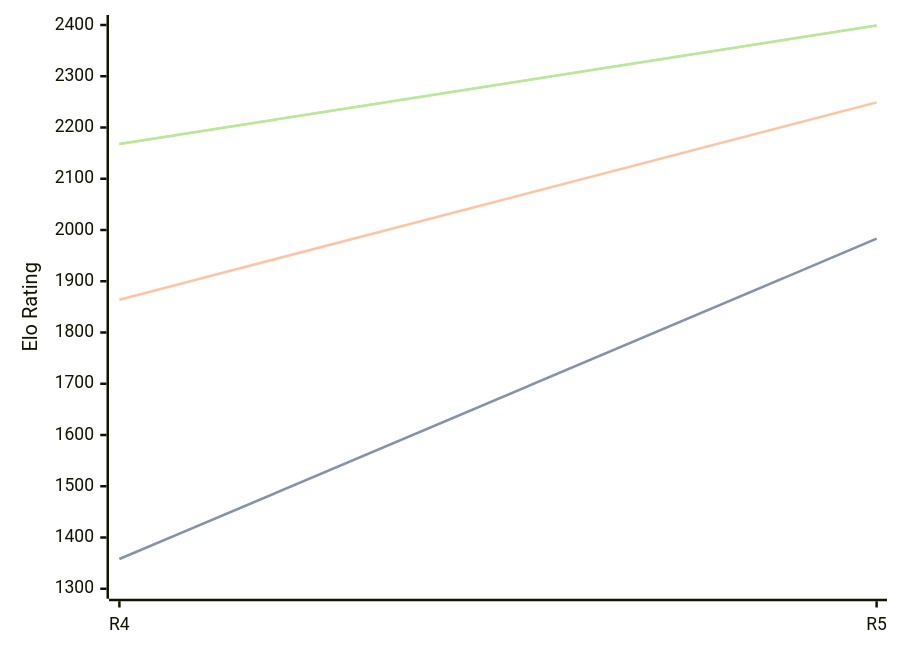
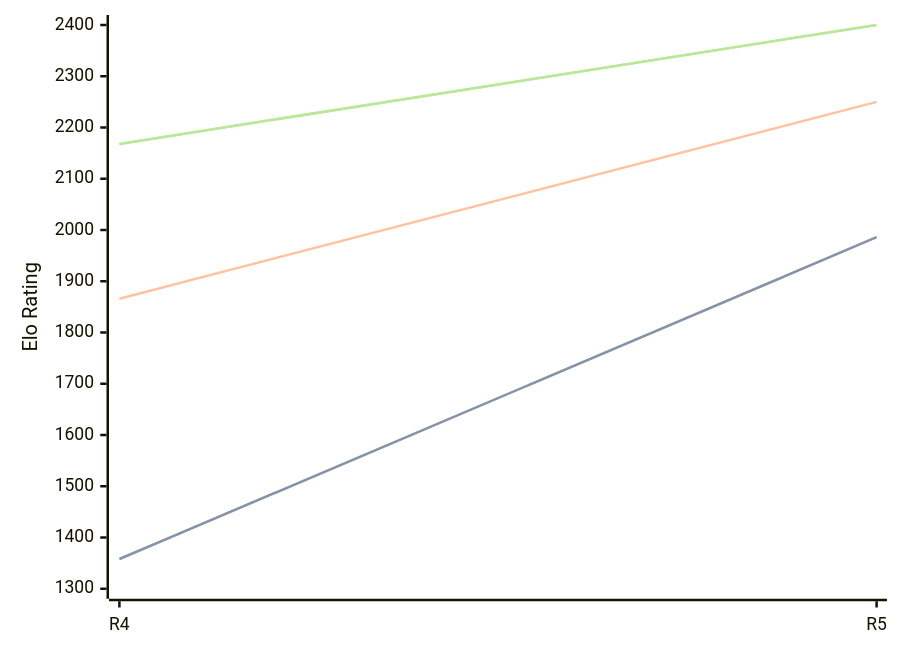
One commit to computer-chess-index/cci changed the diagram in engines/Viking.md. Above: the diagram before and after it, drawn with Mermaid. The commit also changed other lines of this file, not shown here.

Commit message:
Update CCI Ratings (ELO VLTC) - 2026-05-15

````diff
--- a/engines/Viking.md
+++ b/engines/Viking.md
@@ -35,11 +35,11 @@
 ```mermaid
 %%{init: {"theme":"base","themeVariables":{"seriesColors:['#a3a3a3','#222221','#faa371']}}}%%
 xychart-beta
   x-axis ["R4", "R5"]
   y-axis "Elo Rating" 1300 --> 2400
-  line "STC (8.0+0.08s)" [1358, 1983]
-  line "STC (8.0+0.08s)" [1358, 1983]
-  line "LTC (60.0+0.60s)" [1864, 2249]
-  line "VLTC (2m24s+1.12s)" [2168, 2399]
-  line "VLTC (2m24s+1.12s)" [2168, 2399]
+  line "STC (8.0+0.08s)" [1358, 1986]
+  line "STC (8.0+0.08s)" [1358, 1986]
+  line "LTC (60.0+0.60s)" [1866, 2250]
+  line "VLTC (2m24s+1.12s)" [2168, 2400]
+  line "VLTC (2m24s+1.12s)" [2168, 2400]
 ```
````
